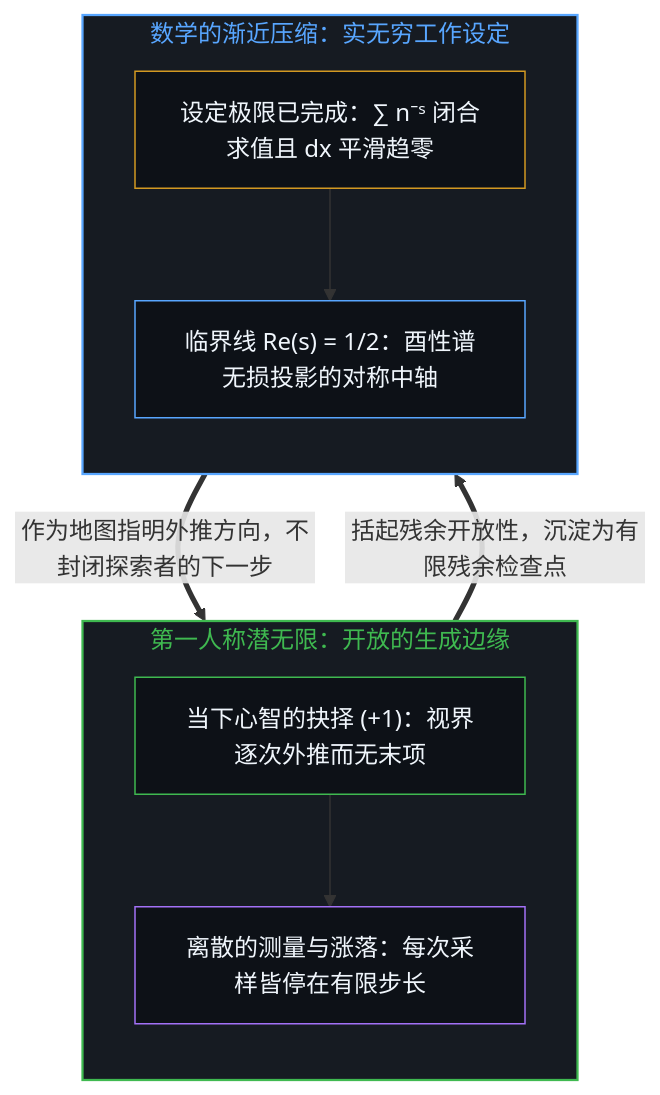
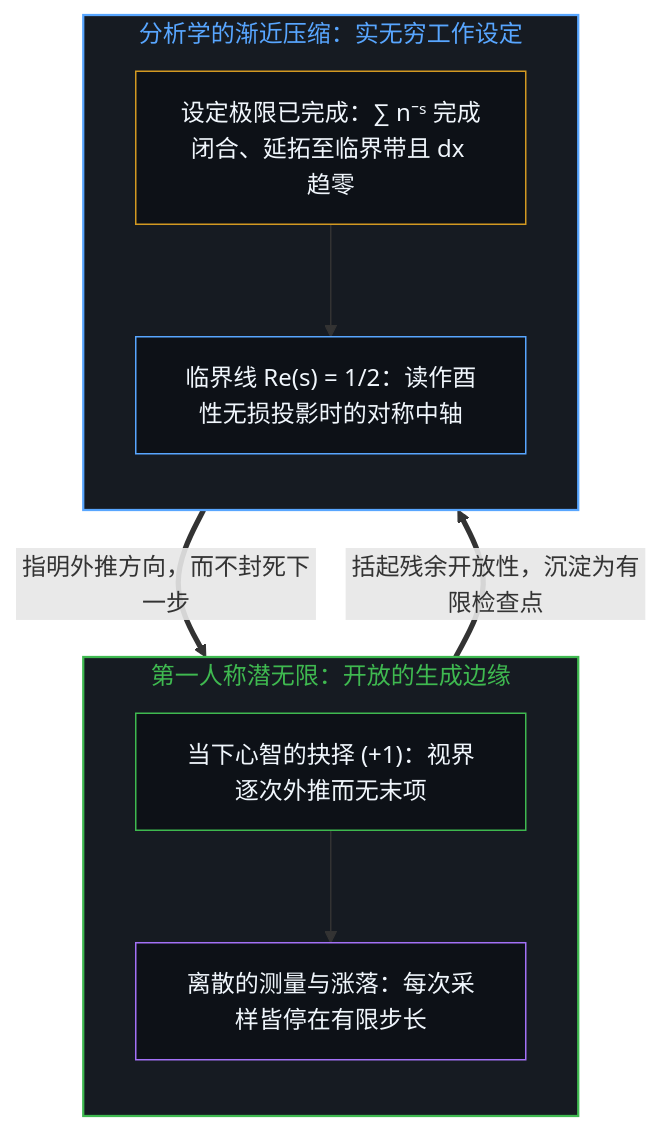
Before and after one commit to powerpig99/not-a-toe: the first of 2 diagrams in content/posts/the-holographic-echo-reverse-engineering-quantum-indeterminacy-via-the-riemann-zeta-function.md, drawn with Mermaid. The commit also changed other lines of this file and 5 other files, not shown here.

````diff
--- a/content/posts/the-holographic-echo-reverse-engineering-quantum-indeterminacy-via-the-riemann-zeta-function.md
+++ b/content/posts/the-holographic-echo-reverse-engineering-quantum-indeterminacy-via-the-riemann-zeta-function.md
@@ -81,23 +81,23 @@
 ```mermaid
 flowchart TD
     subgraph S_Open["第一人称潜无限：开放的生成边缘"]
         direction TB
         Edge["当下心智的抉择 (+1)：视界逐次外推而无末项"]
         Fluct["离散的测量与涨落：每次采样皆停在有限步长"]
         Edge --> Fluct
     end
-    subgraph S_Comp["数学的渐近压缩：实无穷工作设定"]
+    subgraph S_Comp["分析学的渐近压缩：实无穷工作设定"]
         direction TB
-        Posit["设定极限已完成：∑ n⁻ˢ 闭合求值且 dx 平滑趋零"]
-        Line["临界线 Re(s) = 1/2：酉性谱无损投影的对称中轴"]
+        Posit["设定极限已完成：∑ n⁻ˢ 完成闭合、延拓至临界带且 dx 趋零"]
+        Line["临界线 Re(s) = 1/2：读作酉性无损投影时的对称中轴"]
         Posit --> Line
     end
-    Fluct ==>|"括起残余开放性，沉淀为有限残余检查点"| Posit
-    Line ==>|"作为地图指明外推方向，不封闭探索者的下一步"| Edge
+    Fluct ==>|"括起残余开放性，沉淀为有限检查点"| Posit
+    Line ==>|"指明外推方向，而不封死下一步"| Edge
     style S_Open fill:#161b22,stroke:#3fb950,stroke-width:1.5px,color:#3fb950
     style S_Comp fill:#161b22,stroke:#58a6ff,stroke-width:1.5px,color:#58a6ff
     style Edge fill:#0d1117,stroke:#3fb950,stroke-width:1px,color:#f0f6fc
     style Fluct fill:#0d1117,stroke:#a371f7,stroke-width:1px,color:#f0f6fc
     style Posit fill:#0d1117,stroke:#d29922,stroke-width:1px,color:#f0f6fc
     style Line fill:#0d1117,stroke:#58a6ff,stroke-width:1px,color:#f0f6fc
 ```
````
